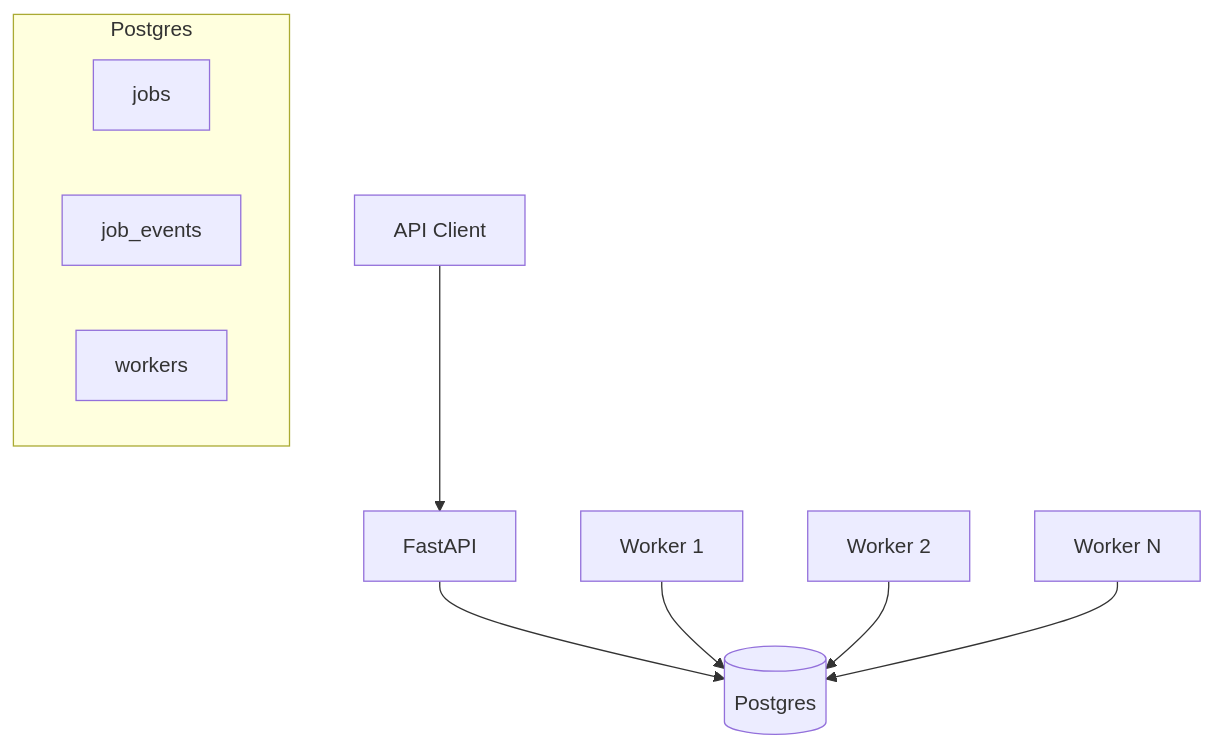
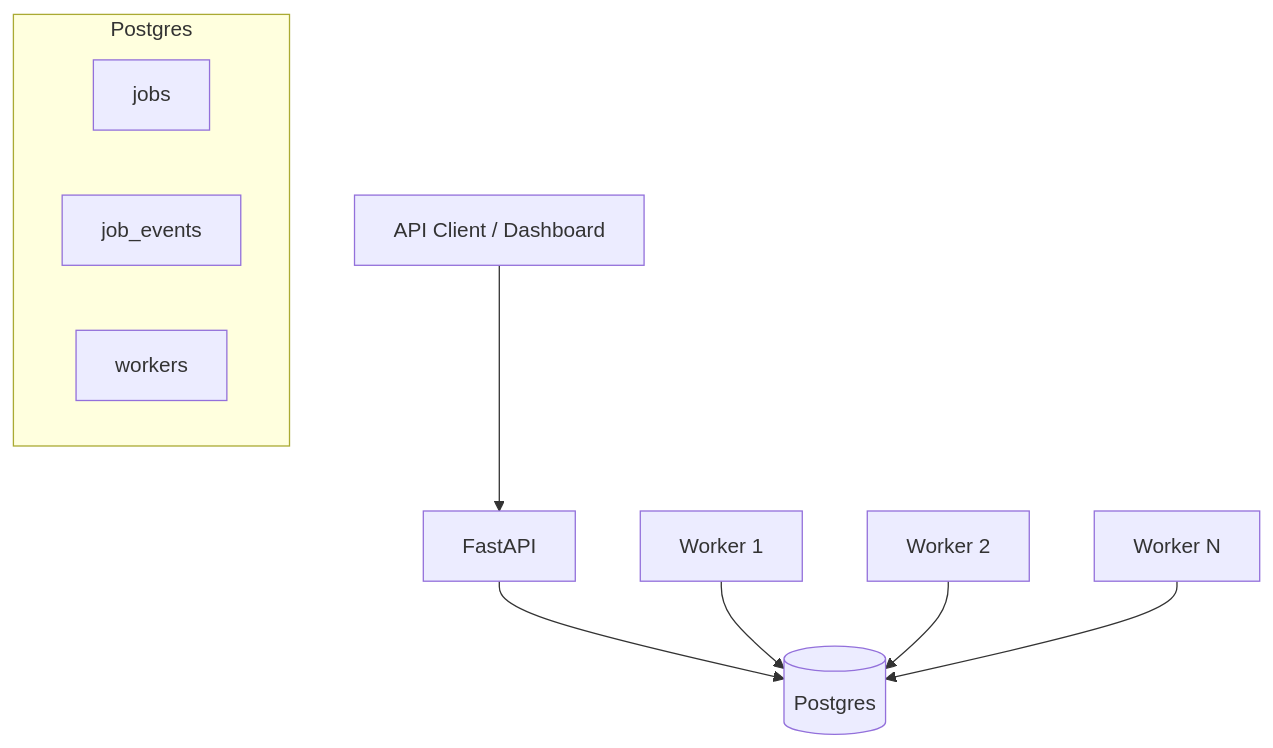
One commit to rmarathe-hub/ReliQueue changed the first of 3 diagrams in README.md. Above: the diagram before and after it, drawn with Mermaid. The commit also changed other lines of this file and 2 other files, not shown here.

First line of the commit message:
Add dashboard drill-down views and portfolio README polish

````diff
--- a/README.md
+++ b/README.md
@@ -28,15 +42,15 @@
 ```mermaid
 flowchart TB
-    Client[API Client] --> API[FastAPI]
+    Client[API Client / Dashboard] --> API[FastAPI]
     API --> DB[(Postgres)]
 
     W1[Worker 1] --> DB
     W2[Worker 2] --> DB
     WN[Worker N] --> DB
 
     subgraph Postgres
         Jobs[jobs]
         Events[job_events]
         Workers[workers]
     end
 ```
````
